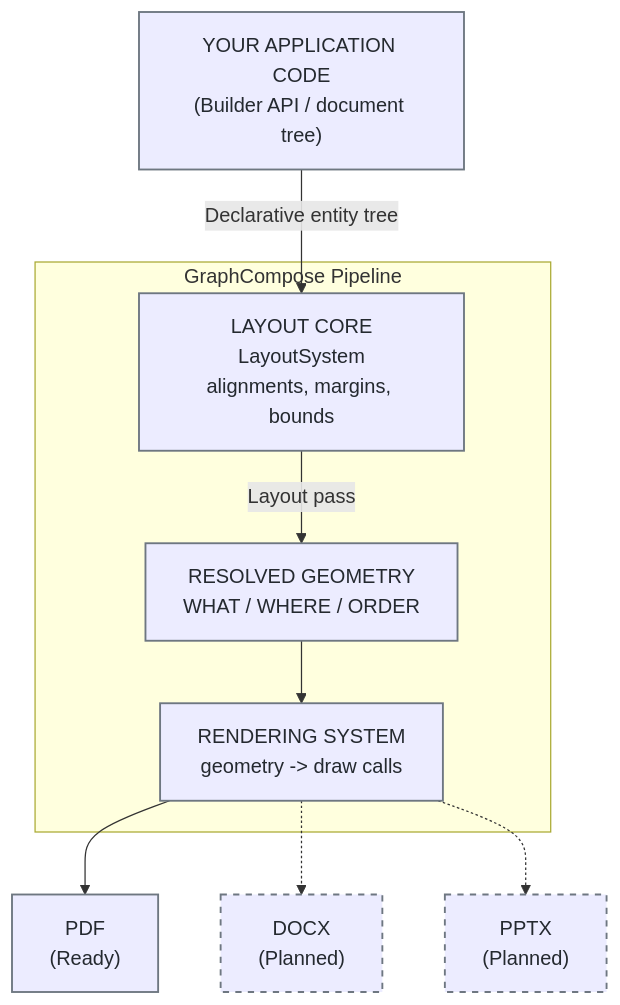
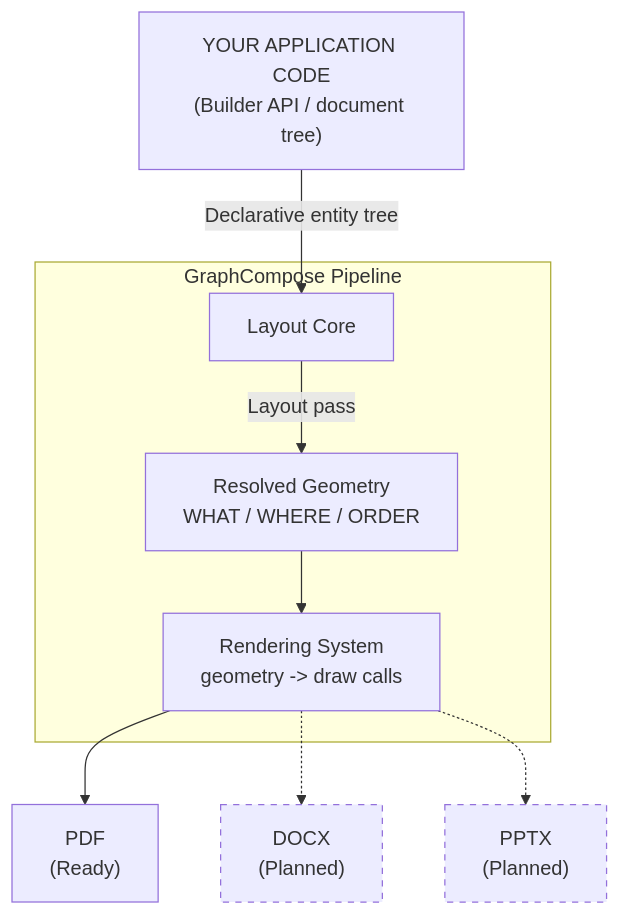
The diagram in README.md (DemchaAV/GraphCompose), drawn with Mermaid before and after one commit.

Commit message:
fix Architecture

````diff
--- a/README.md
+++ b/README.md
@@ -139,26 +139,25 @@
 ```mermaid
 graph TD
     UserCode["YOUR APPLICATION CODE<br/>(Builder API / document tree)"]
 
     subgraph Core["GraphCompose Pipeline"]
-        LayoutSystem["LAYOUT CORE<br/>LayoutSystem<br/>alignments, margins, bounds"]
-        Instructions["RESOLVED GEOMETRY<br/>WHAT / WHERE / ORDER"]
-        RenderingSystem["RENDERING SYSTEM<br/>geometry -> draw calls"]
+        LayoutSystem["Layout Core"]
+        Instructions["Resolved Geometry<br/>WHAT / WHERE / ORDER"]
+        RenderingSystem["Rendering System<br/>geometry -> draw calls"]
     end
 
     PDF["PDF<br/>(Ready)"]
     DOCX["DOCX<br/>(Planned)"]
     PPTX["PPTX<br/>(Planned)"]
 
     UserCode -->|"Declarative entity tree"| LayoutSystem
     LayoutSystem -->|"Layout pass"| Instructions
     Instructions --> RenderingSystem
 
     RenderingSystem --> PDF
     RenderingSystem -.-> DOCX
     RenderingSystem -.-> PPTX
 
-    classDef default stroke:#6e7781,stroke-width:1.5px,color:#24292f;
-    classDef planned stroke:#6e7781,stroke-width:1.5px,stroke-dasharray: 5 5;
+    classDef planned stroke-dasharray: 5 5;
     class DOCX,PPTX planned;
 ```
````
